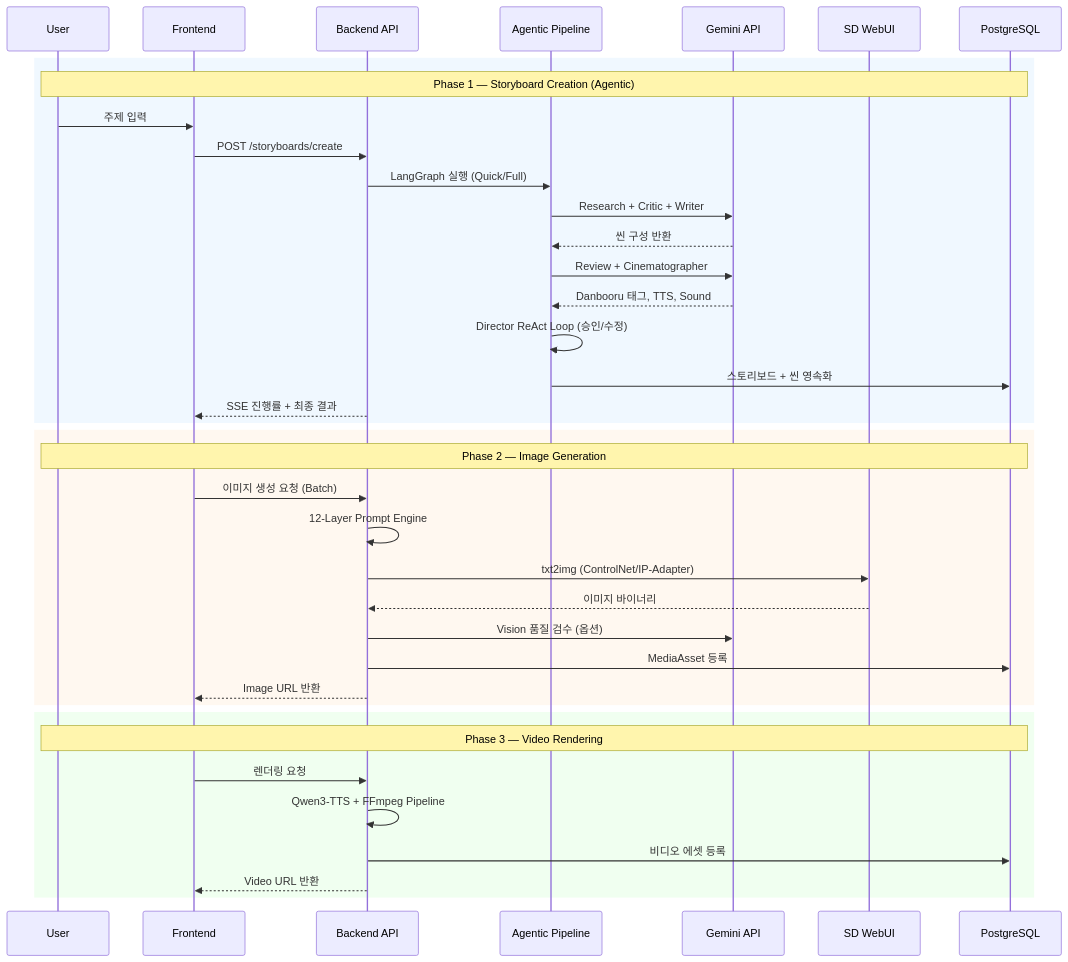
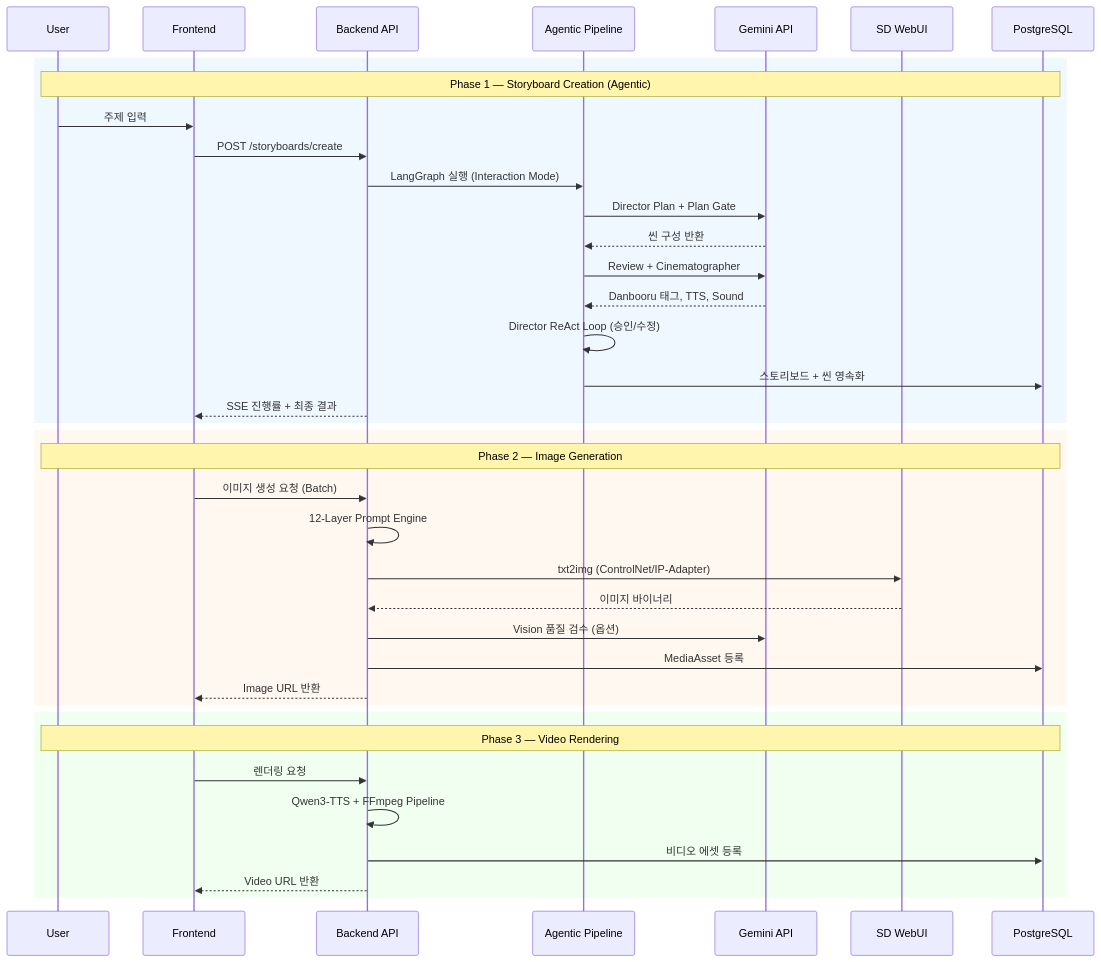
One commit to tomo-playground/sdd-orchestrator changed the second of 2 diagrams in docs/03_engineering/architecture/SYSTEM_OVERVIEW.md. Above: the diagram before and after it, drawn with Mermaid. The commit also changed other lines of this file and 11 other files, not shown here.

Commit message:
docs: Update docs for 19-node Agentic Pipeline and Interaction Mode (Phase 26)

````diff
--- a/docs/03_engineering/architecture/SYSTEM_OVERVIEW.md
+++ b/docs/03_engineering/architecture/SYSTEM_OVERVIEW.md
@@ -112,43 +112,43 @@
 ```mermaid
 sequenceDiagram
     participant U as User
     participant F as Frontend
     participant B as Backend API
     participant AG as Agentic Pipeline
     participant Gem as Gemini API
     participant SD as SD WebUI
     participant DB as PostgreSQL
 
     rect rgb(240, 248, 255)
     Note over U,DB: Phase 1 — Storyboard Creation (Agentic)
     U->>F: 주제 입력
     F->>B: POST /storyboards/create
-    B->>AG: LangGraph 실행 (Quick/Full)
-    AG->>Gem: Research + Critic + Writer
+    B->>AG: LangGraph 실행 (Interaction Mode)
+    AG->>Gem: Director Plan + Plan Gate
     Gem-->>AG: 씬 구성 반환
     AG->>Gem: Review + Cinematographer
     Gem-->>AG: Danbooru 태그, TTS, Sound
     AG->>AG: Director ReAct Loop (승인/수정)
     AG->>DB: 스토리보드 + 씬 영속화
     B-->>F: SSE 진행률 + 최종 결과
     end
 
     rect rgb(255, 248, 240)
     Note over U,DB: Phase 2 — Image Generation
     F->>B: 이미지 생성 요청 (Batch)
     B->>B: 12-Layer Prompt Engine
     B->>SD: txt2img (ControlNet/IP-Adapter)
     SD-->>B: 이미지 바이너리
     B->>Gem: Vision 품질 검수 (옵션)
     B->>DB: MediaAsset 등록
     B-->>F: Image URL 반환
     end
 
     rect rgb(240, 255, 240)
     Note over U,DB: Phase 3 — Video Rendering
     F->>B: 렌더링 요청
     B->>B: Qwen3-TTS + FFmpeg Pipeline
     B->>DB: 비디오 에셋 등록
     B-->>F: Video URL 반환
     end
 ```
````
